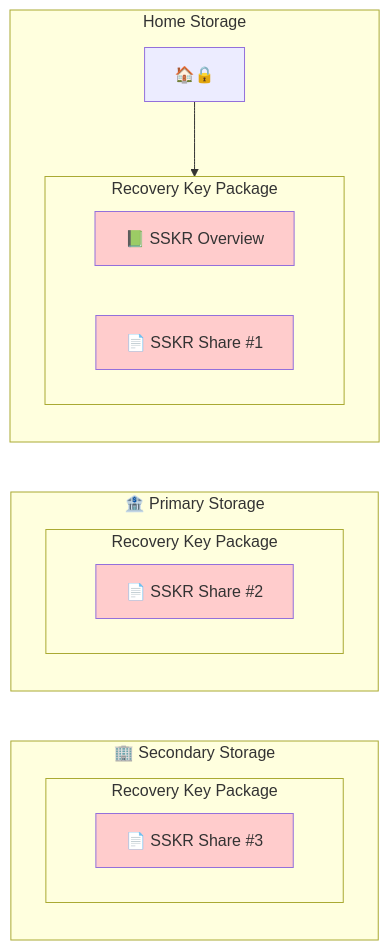
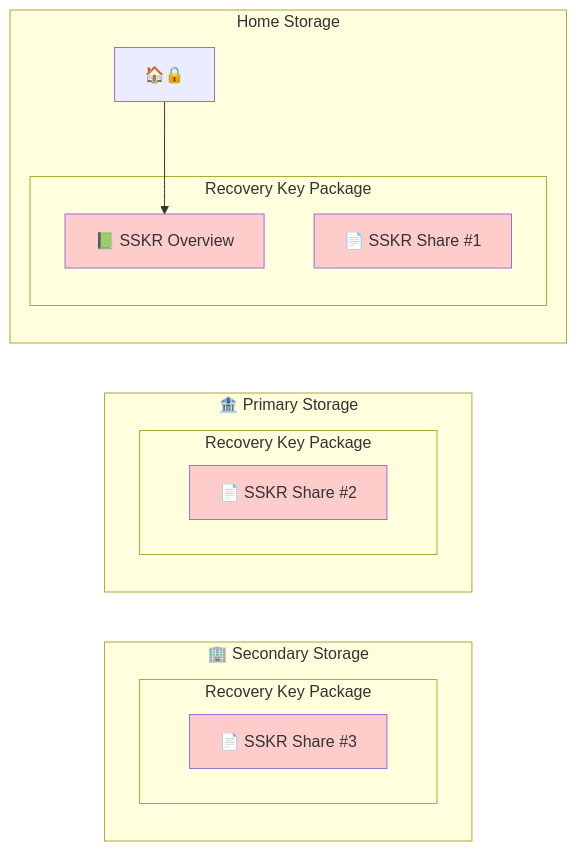
Diagram 15 of 24 in Docs/Scenario-Multisig.md (BlockchainCommons/SmartCustody), drawn with Mermaid before and after one commit.

````diff
--- a/Docs/Scenario-Multisig.md
+++ b/Docs/Scenario-Multisig.md
@@ -556,27 +556,27 @@
     ```mermaid
     graph LR;
     classDef subgraph_padding fill:none,stroke:none
     subgraph secondary ["🏢 Secondary Storage"]
       subgraph "Recovery Key Package"
       D["📄 SSKR Share #3"]
       end
     end
     subgraph "🏦 Primary Storage"
       subgraph "Recovery Key Package"
       C["📄 SSKR Share #2"]
       end
     end
     subgraph "Home Storage"
       AMeta["🏠🔒"]
       subgraph homerecovery["Recovery Key Package"]
       A["📗 SSKR Overview"]
       B["📄 SSKR Share #1"]
       end
-      AMeta-->homerecovery
+      AMeta-->A
     end
     
     style A fill:#ffcccc;
     style B fill:#ffcccc;
     style C fill:#ffcccc;
     style D fill:#ffcccc;
     ```
````
